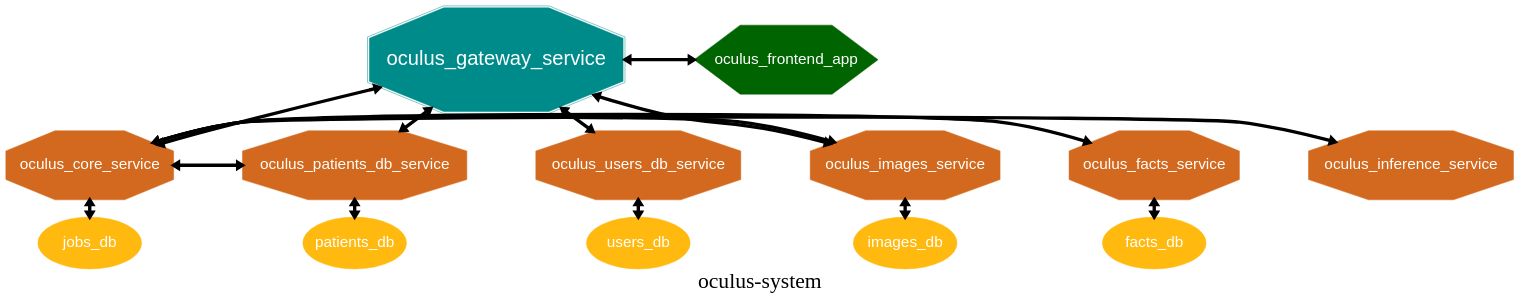
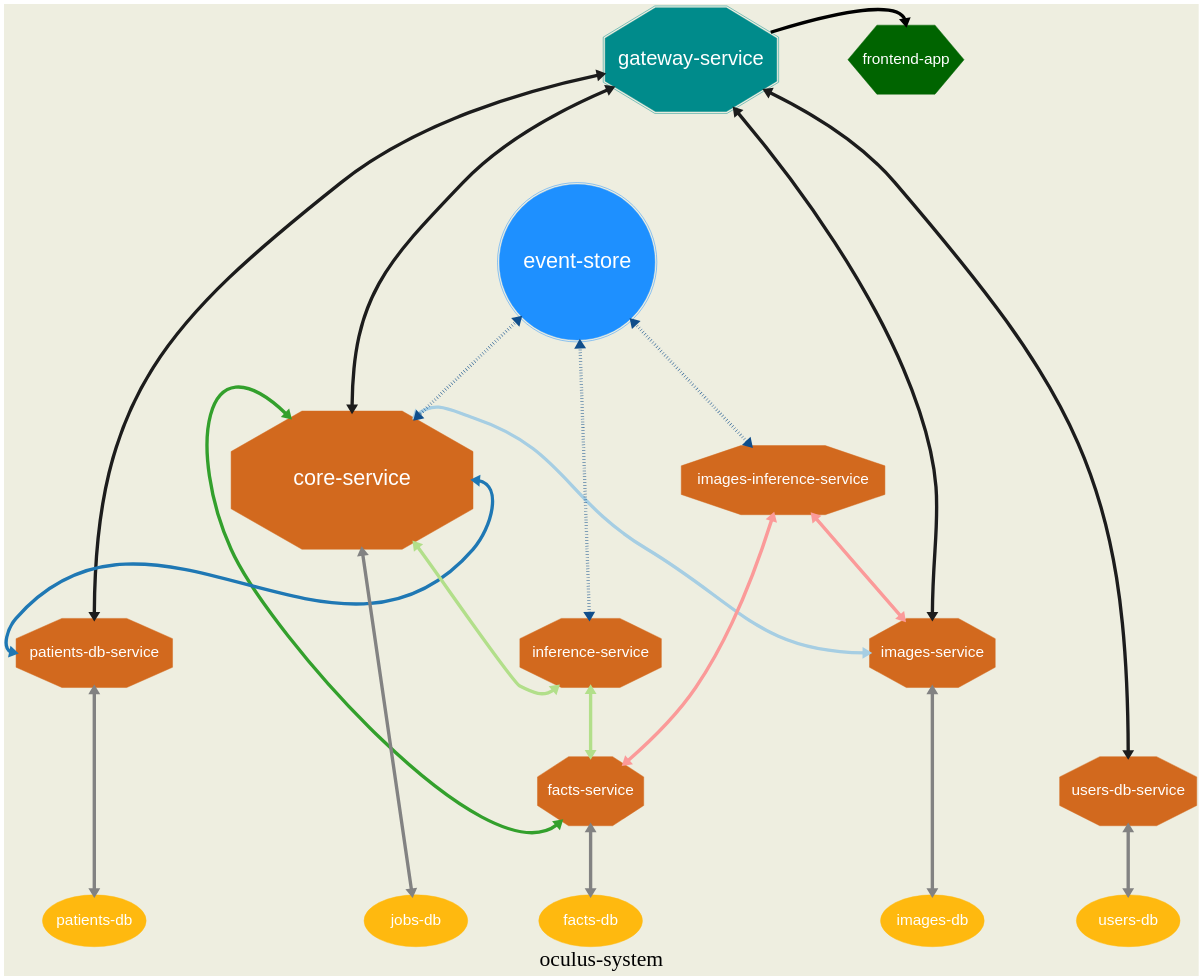
Before and after one commit to OCULUS-project/oculus-system-map: the diagram in oculus-system.gv, drawn with Graphviz. The commit also changed 3 other files, not shown here.

```diff
--- a/oculus-system.gv
+++ b/oculus-system.gv
@@ -1,66 +1,88 @@
 digraph oculus {
     
     label="oculus-system" 
-    
-    graph [fontsize=45]
+   
+    graph [fontsize=45 ranksep=2 bgcolor=ivory2]
     node [fontname=Arial fontcolor=white]
     edge [dir=both penwidth=7] 
     nodesep=2
 
     subgraph gateway {
         node [fontsize=42 shape=doubleoctagon style=filled color=cyan4 height=3]
 
-        {rank=source; oculus_gateway_service}
+        {rank=source; "gateway-service"}
     }
     
     subgraph services {
-        node [padding=5 fontsize=32 shape=octagon style=filled color=chocolate height=2]
-               
-        { rank=same; 
-            oculus_core_service 
-            oculus_facts_service
-            oculus_images_service
-            oculus_patients_db_service
-            oculus_users_db_service
-            oculus_inference_service
-        }
+        node [padding=5 fontsize=32 shape=octagon style=filled color=chocolate height=2 colorsheme=paired12]
+        edge [style=bold colorscheme="paired12"]
 
-        oculus_core_service -> oculus_images_service
-        oculus_core_service -> oculus_patients_db_service
-        oculus_core_service -> oculus_inference_service
-        oculus_core_service -> oculus_facts_service
+        "core-service" [padding=8 fontsize=45 height=4 width=7]
+        "facts-service"
+        "images-service"
+        "patients-db-service"
+        "users-db-service"
+        "inference-service"
+        "images-inference-service"
+
+        "core-service" -> "images-service" [headport=w tailport=ne colorsheme=paired12 color=1]
+        "core-service" -> "patients-db-service" [headport=w tailport=e color=2]
+        "core-service" -> "inference-service" [headport=sw tailport=se color=3]
+        "core-service" -> "facts-service" [headport=sw tailport=nw color=4]
+
+        "inference-service" -> "facts-service" [color=3]
+
+        "images-inference-service" -> "images-service" [color=5]
+        "images-inference-service" -> "facts-service" [color=5]
         
     }
 
     subgraph databases {
         node [fontsize=32 shape=ellipse width=3 style=filled color=darkgoldenrod1 height=1.5]
         
         { rank=sink;
-           jobs_db
-           facts_db
-           images_db
-           patients_db
-           users_db
+           "jobs-db"
+           "facts-db"
+           "images-db"
+           "patients-db"
+           "users-db"
         }
+    }
+
+    subgraph events {
+        node [fontsize=45 shape=doublecircle width=4.5 style=filled color=dodgerblue1]
+
+        "event-store"
     }
 
     subgraph frontend {
         node [fontsize=32 shape=hexagon style=filled color=darkgreen height=2]
 
-        oculus_frontend_app    
-        { rank=source; oculus_frontend_app }
+        { rank=source; "frontend-app" }
     }
 
-    oculus_gateway_service -> oculus_frontend_app
-    oculus_gateway_service -> oculus_core_service
-    oculus_gateway_service -> oculus_images_service
-    oculus_gateway_service -> oculus_patients_db_service
-    oculus_gateway_service -> oculus_users_db_service
-    
-    jobs_db -> oculus_core_service
-    facts_db -> oculus_facts_service
-    images_db -> oculus_images_service
-    patients_db -> oculus_patients_db_service
-    users_db -> oculus_users_db_service
+    subgraph gateway_service_connections {
+        "gateway-service" -> "frontend-app" [headport=n]
+        "gateway-service" -> "core-service" [headport=n color=grey11]
+        "gateway-service" -> "images-service" [headport=n color=grey11]
+        "gateway-service" -> "patients-db-service" [headport=n color=grey11]
+        "gateway-service" -> "users-db-service" [headport=n color=grey11]
+    }
+
+    subgraph service_db_connections {
+        "jobs-db" -> "core-service" [color=gray51]
+        "facts-db" -> "facts-service" [color=gray51]
+        "images-db" -> "images-service" [color=gray51]
+        "patients-db" -> "patients-db-service" [color=gray51]
+        "users-db" -> "users-db-service" [color=gray51]
+    }
+
+    subgraph event_bus {
+        edge [style=dotted color=dodgerblue4]
+
+        "event-store" -> "core-service"
+        "event-store" -> "inference-service"
+        "event-store" -> "images-inference-service"
+    }
 
 }
```
